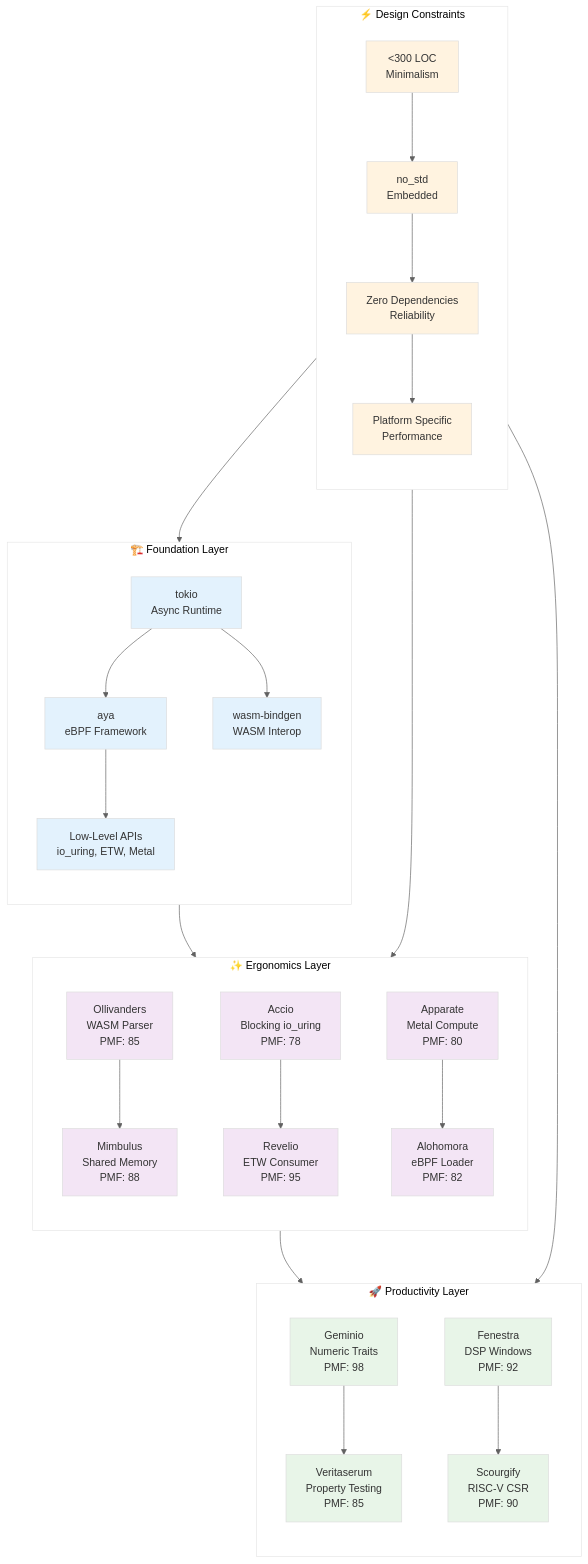
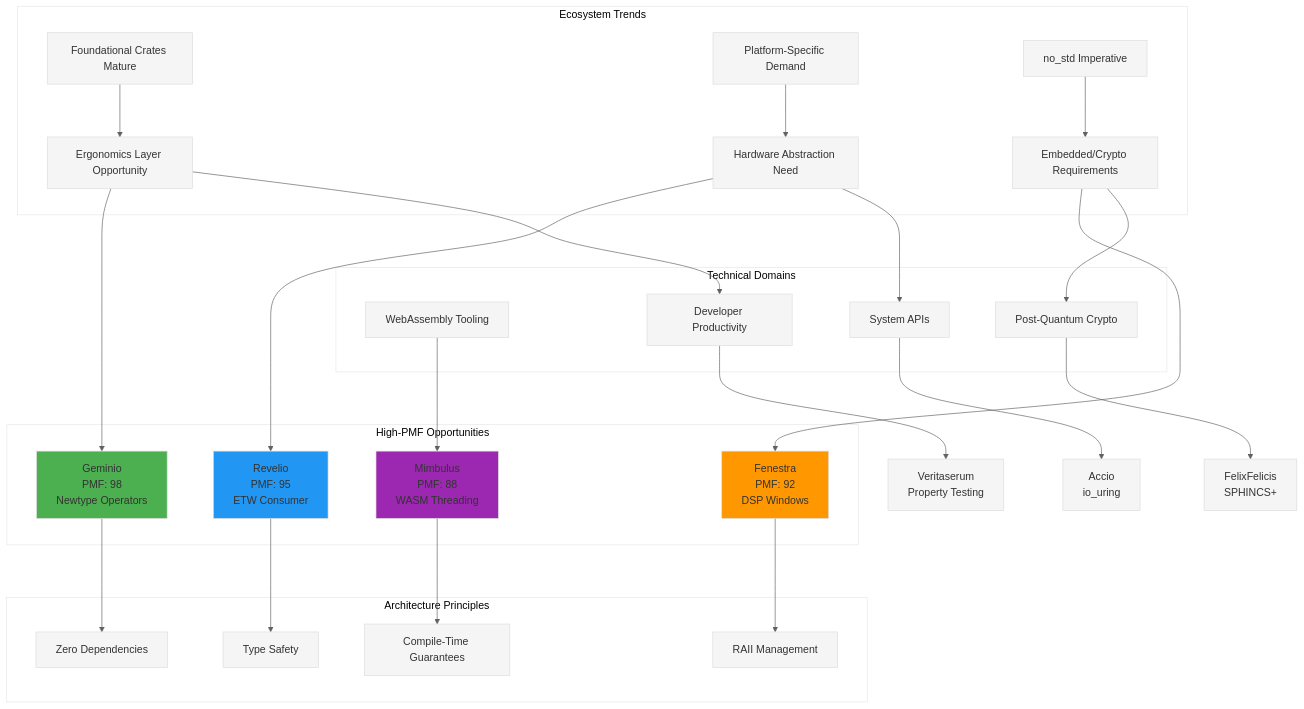
The diagram in gringotts/WorkArea/INGEST_20250930104957_300_1.md (that-in-rust/pensieve-local-llm-server), drawn with Mermaid before and after one commit. The commit also changed other lines of this file and 2 other files, not shown here.

````diff
--- a/gringotts/WorkArea/INGEST_20250930104957_300_1.md
+++ b/gringotts/WorkArea/INGEST_20250930104957_300_1.md
@@ -121,64 +72,70 @@
 ```mermaid
 %%{init: {
   "theme": "base",
   "themeVariables": {
     "primaryColor": "#F5F5F5",
     "secondaryColor": "#E0E0E0",
     "lineColor": "#616161",
     "textColor": "#212121",
     "fontSize": "16px",
     "fontFamily": "Helvetica, Arial, sans-serif"
   },
   "flowchart": {
     "nodeSpacing": 70,
     "rankSpacing": 80,
     "wrappingWidth": 160,
     "curve": "basis"
   },
   "useMaxWidth": false
 }}%%
 
 flowchart TD
-    subgraph Foundation["🏗️ Foundation Layer"]
-        direction TB
-        A[tokio<br/>Async Runtime] --> B[aya<br/>eBPF Framework]
-        A --> C[wasm-bindgen<br/>WASM Interop]
-        B --> D[Low-Level APIs<br/>io_uring, ETW, Metal]
+    subgraph "Ecosystem Trends"
+        A[Foundational Crates Mature] --> B[Ergonomics Layer Opportunity]
+        C[Platform-Specific Demand] --> D[Hardware Abstraction Need]
+        E[no_std Imperative] --> F[Embedded/Crypto Requirements]
     end
     
-    subgraph Ergonomics["✨ Ergonomics Layer"]
-        direction TB
-        E[Ollivanders<br/>WASM Parser<br/>PMF: 85] --> F[Mimbulus<br/>Shared Memory<br/>PMF: 88]
-        G[Accio<br/>Blocking io_uring<br/>PMF: 78] --> H[Revelio<br/>ETW Consumer<br/>PMF: 95]
-        I[Apparate<br/>Metal Compute<br/>PMF: 80] --> J[Alohomora<br/>eBPF Loader<br/>PMF: 82]
+    subgraph "High-PMF Opportunities"
+        G[Geminio<br/>PMF: 98<br/>Newtype Operators]
+        H[Revelio<br/>PMF: 95<br/>ETW Consumer]
+        I[Fenestra<br/>PMF: 92<br/>DSP Windows]
+        J[Mimbulus<br/>PMF: 88<br/>WASM Threading]
     end
     
-    subgraph Productivity["🚀 Productivity Layer"]
-        direction TB
-        K[Geminio<br/>Numeric Traits<br/>PMF: 98] --> L[Veritaserum<br/>Property Testing<br/>PMF: 85]
-        M[Fenestra<br/>DSP Windows<br/>PMF: 92] --> N[Scourgify<br/>RISC-V CSR<br/>PMF: 90]
+    subgraph "Technical Domains"
+        K[WebAssembly Tooling]
+        L[Post-Quantum Crypto]
+        M[System APIs]
+        N[Developer Productivity]
     end
     
-    subgraph Constraints["⚡ Design Constraints"]
-        direction TB
-        O[<300 LOC<br/>Minimalism] --> P[no_std<br/>Embedded]
-        P --> Q[Zero Dependencies<br/>Reliability]
-        Q --> R[Platform Specific<br/>Performance]
+    subgraph "Architecture Principles"
+        O[Zero Dependencies]
+        P[Type Safety]
+        Q[RAII Management]
+        R[Compile-Time Guarantees]
     end
     
-    Foundation --> Ergonomics
-    Ergonomics --> Productivity
-    Constraints --> Foundation
-    Constraints --> Ergonomics
-    Constraints --> Productivity
+    B --> G
+    B --> N
+    D --> H
+    D --> M
+    F --> I
+    F --> L
     
-    classDef foundation fill:#E3F2FD
-    classDef ergonomics fill:#F3E5F5
-    classDef productivity fill:#E8F5E8
-    classDef constraints fill:#FFF3E0
+    G --> O
+    H --> P
+    I --> Q
+    J --> R
     
-    class A,B,C,D foundation
-    class E,F,G,H,I,J ergonomics
-    class K,L,M,N productivity
-    class O,P,Q,R constraints
+    K --> J
+    L --> S[FelixFelicis<br/>SPHINCS+]
+    M --> T[Accio<br/>io_uring]
+    N --> U[Veritaserum<br/>Property Testing]
+    
+    style G fill:#4CAF50
+    style H fill:#2196F3
+    style I fill:#FF9800
+    style J fill:#9C27B0
 ```
````
